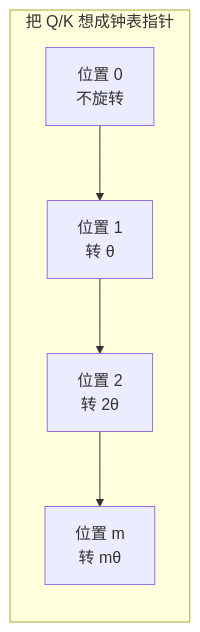
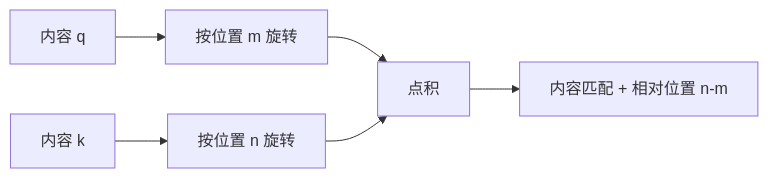
Before and after one commit to oneleaveknowsthefall/awesome-ai-roadmap: the diagram in docs/llm/01-foundations/04-position-encoding.md, drawn with Mermaid. The commit also changed other lines of this file and 45 other files, not shown here.

````diff
--- a/docs/llm/01-foundations/04-position-encoding.md
+++ b/docs/llm/01-foundations/04-position-encoding.md
@@ -102,8 +88,8 @@
 ```mermaid
 flowchart LR
-    subgraph POS["把 Q/K 想成钟表指针"]
-        P0["位置 0<br/>不旋转"] --> P1["位置 1<br/>转 θ"]
-        P1 --> P2["位置 2<br/>转 2θ"]
-        P2 --> P3["位置 m<br/>转 mθ"]
-    end
+    Q["内容 q"] --> RQ["按位置 m 旋转"]
+    K["内容 k"] --> RK["按位置 n 旋转"]
+    RQ --> DOT["点积"]
+    RK --> DOT
+    DOT --> REL["内容匹配 + 相对位置 n-m"]
 ```
````
